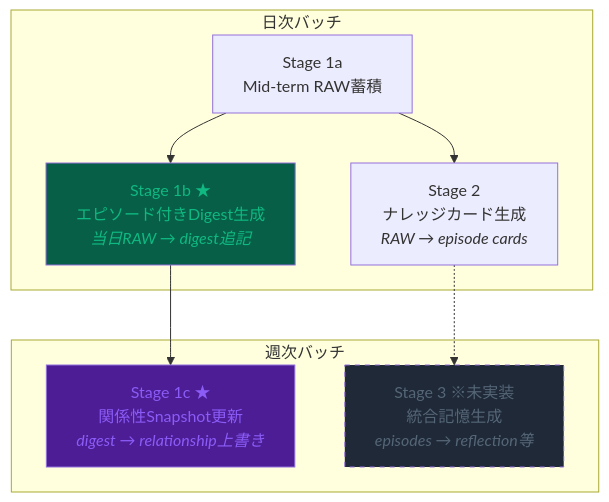
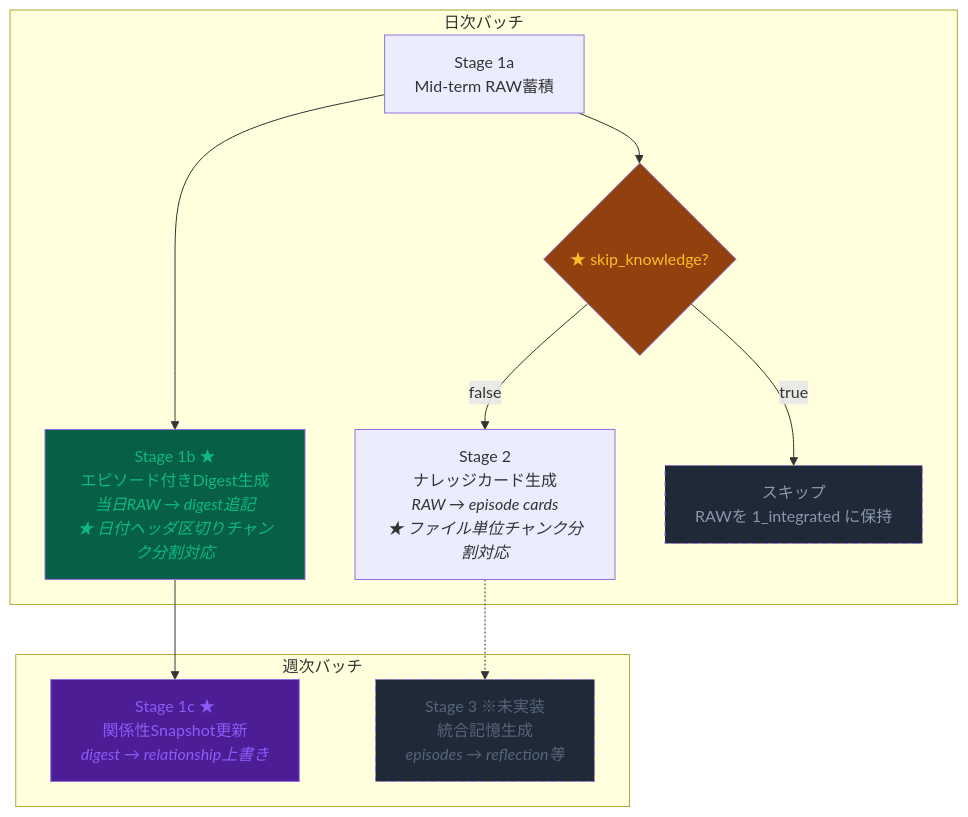
One commit to unagisann/Butly changed the fourth of 7 diagrams in docs/DIAGRAMS.ja.md. Above: the diagram before and after it, drawn with Mermaid. The commit also changed other lines of this file and 8 other files, not shown here.

First line of the commit message:
feat(housekeeper): Stage 2スキップ・チャンク分割・ドキュメント更新

````diff
--- a/docs/DIAGRAMS.ja.md
+++ b/docs/DIAGRAMS.ja.md
@@ -92,20 +92,26 @@
 ```mermaid
 flowchart TD
     subgraph "日次バッチ"
         S1a["Stage 1a<br/>Mid-term RAW蓄積"]
-        S1b["Stage 1b ★<br/>エピソード付きDigest生成<br/><i>当日RAW → digest追記</i>"]
-        S2["Stage 2<br/>ナレッジカード生成<br/><i>RAW → episode cards</i>"]
+        S1b["Stage 1b ★<br/>エピソード付きDigest生成<br/><i>当日RAW → digest追記</i><br/><i>★ 日付ヘッダ区切りチャンク分割対応</i>"]
+        SKIP{★ skip_knowledge?}
+        S2["Stage 2<br/>ナレッジカード生成<br/><i>RAW → episode cards</i><br/><i>★ ファイル単位チャンク分割対応</i>"]
+        S2SKIP["スキップ<br/>RAWを 1_integrated に保持"]
     end
     subgraph "週次バッチ"
         S1c["Stage 1c ★<br/>関係性Snapshot更新<br/><i>digest → relationship上書き</i>"]
         S3["Stage 3 ※未実装<br/>統合記憶生成<br/><i>episodes → reflection等</i>"]
     end
 
     S1a --> S1b --> S1c
-    S1a --> S2
+    S1a --> SKIP
+    SKIP -->|false| S2
+    SKIP -->|true| S2SKIP
     S2 -.-> S3
 
     style S1b fill:#065f46,color:#10b981
     style S1c fill:#4c1d95,color:#8b5cf6
     style S3 fill:#1f2937,color:#556677,stroke-dasharray: 5 5
+    style SKIP fill:#92400e,color:#fbbf24
+    style S2SKIP fill:#1f2937,color:#8899aa,stroke-dasharray: 5 5
 ```
````
